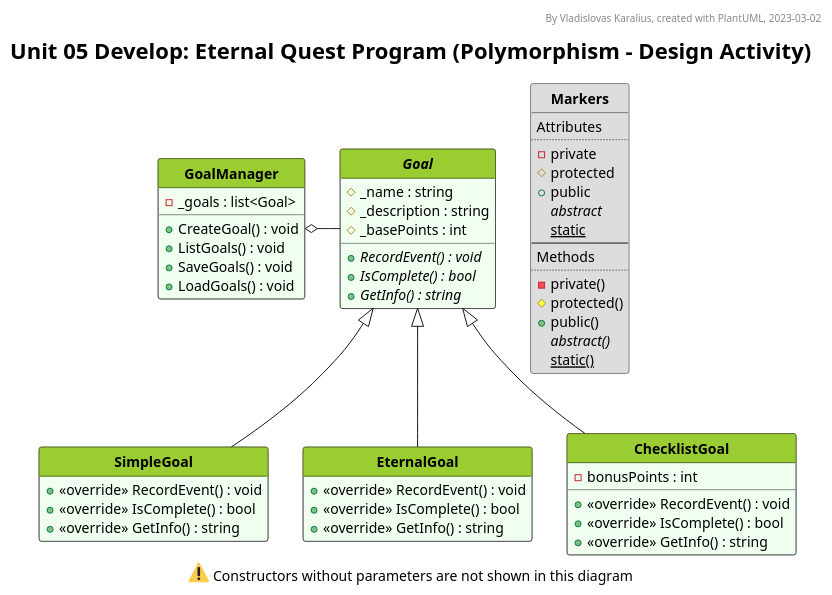
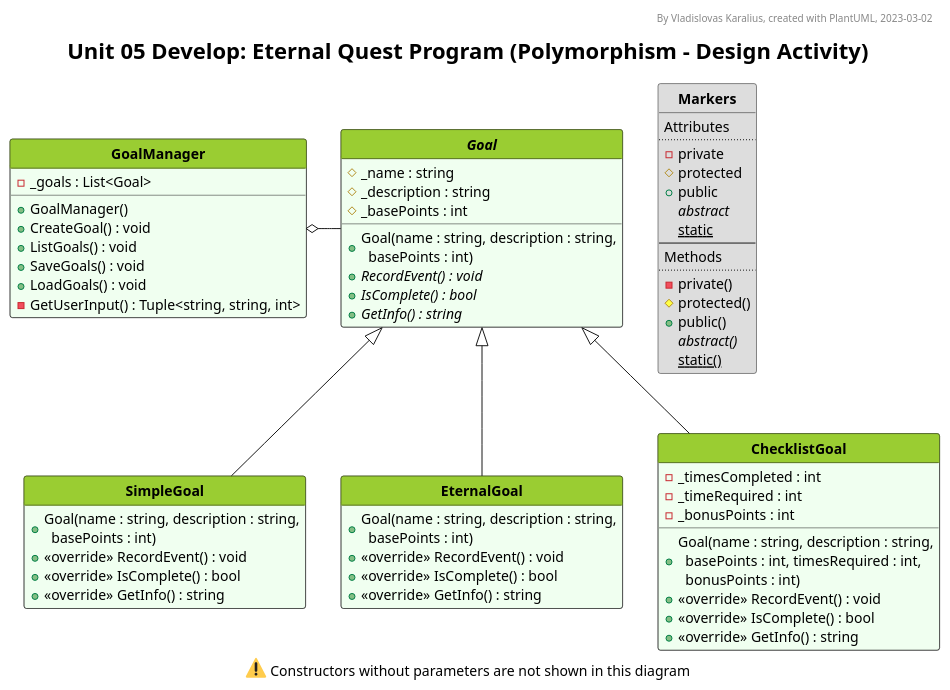
One commit to VladKaralius/cse210-projects changed the diagram in prove/Develop05/UML_diagram.pu. Above: the diagram before and after it, drawn with PlantUML.

Commit message:
Added constructors

```diff
--- a/prove/Develop05/UML_diagram.pu
+++ b/prove/Develop05/UML_diagram.pu
@@ -1,192 +1,199 @@
 @startuml UML_diagram
 
 '--Formatting options--
 hide circle
 hide empty members
 'skinparam classAttributeIconSize 0
 skinparam style strictuml
 'skinparam groupInheritance 2
 'skinparam linetype ortho
 'skinparam Nodesep 15
 'skinparam Ranksep 25
 'left to right direction
 
 '--Styling--
 'skinparam BackgroundColor White/LightGreen
 skinparam TitleFontSize 22
 
 <style>
 classDiagram {
   class {
     '-attributes and methods-
     'FontSize 14
     'FontColor black
     'BackgroundColor #fefece
     BackgroundColor #f0fff0
     'RoundCorner 0
     '-class name-
     header {
       'FontSize 12
       'FontColor Black
       FontStyle bold
       BackgroundColor YellowGreen
     }
   }
   note {
     BackgroundColor Yellow
   }
   legend {
     FontSize 20
   }
 </style>
 
 '--Header, title, caption--
 header By Vladislovas Karalius, created with PlantUML, 2023-03-02
 title Unit 05 Develop: Eternal Quest Program (Polymorphism - Design Activity)
 caption <:warning:> Constructors without parameters are not shown in this diagram
 
 ' Dummy class that explains visibility symbols
 class Markers #dddddd {
 Attributes
 ..
 - private
 # protected
 + public
 {abstract} abstract
 {static} static
 --
 Methods
 ..
 - private()
 # protected()
 + public()
 {abstract} abstract()
 {static} static()
 }
 
 'Goal -right[hidden]- Markers
 
 '--Main--
 class GoalManager{
-  - _goals : list<Goal>
+  - _goals : List<Goal>
+  + GoalManager()
   + CreateGoal() : void
   + ListGoals() : void
   + SaveGoals() : void
   + LoadGoals() : void
+  - GetUserInput() : Tuple<string, string, int>
 
 }
 GoalManager o- Goal
 
 
 abstract class Goal {
   # _name : string
   # _description : string
   # _basePoints : int
-
+  + Goal(name : string, description : string,\n  basePoints : int)
   + {abstract} RecordEvent() : void
   + {abstract} IsComplete() : bool
   + {abstract} GetInfo() : string
 }
 
 class SimpleGoal extends Goal {
+  + Goal(name : string, description : string,\n  basePoints : int)
   + <<override>> RecordEvent() : void
   + <<override>> IsComplete() : bool
   + <<override>> GetInfo() : string
 }
 
 class EternalGoal extends Goal {
+  + Goal(name : string, description : string,\n  basePoints : int)
   + <<override>> RecordEvent() : void
   + <<override>> IsComplete() : bool
   + <<override>> GetInfo() : string
 }
 
 class ChecklistGoal extends Goal {
-  - bonusPoints : int
+  - _timesCompleted : int
+  - _timeRequired : int
+  - _bonusPoints : int
+  + Goal(name : string, description : string,\n  basePoints : int, timesRequired : int,\n  bonusPoints : int)
   + <<override>> RecordEvent() : void
   + <<override>> IsComplete() : bool
   + <<override>> GetInfo() : string
 }
 
 ' class BreathingActivity {
 '   + RunActivity() : void
 ' }
 
 ' class ReflectionActivity {
 '   - _reflectionPromptGenerator : ReflectionPromptGenerator
 '   - _reflectionQuestionGenerator : ReflectionQuestionGenerator
 '   + RunActivity() : void
 ' }
 
 ' class ListingActivity {
 '   - _listingPromptGenerator : ListingPromptGenerator
 '   - _itemCount : int
 '   + RunActivity() : void
 ' }
 
 ' class ReflectionPromptGenerator {
 '   - _reflectionPrompts : List<string>
 '   + GetPrompt() : string
 ' }
 
 ' class ReflectionQuestionGenerator {
 '   - _reflectionQuestions : List<string>
 '   + GetQuestion() : string
 ' }
 
 ' class ListingPromptGenerator {
 '   - _listingPrompts : List<string>
 '   + GetPrompt() : string
 ' }
 
 ' class Animation <<auxiliary>> {
 '   + Display(duration : int) : void
 ' }
 
 ' class Countdown <<auxiliary>> {
 '   + Display(duration : int) : void
 ' }
 
 ' Activity <|-- BreathingActivity
 ' Activity <|-- ReflectionActivity
 ' Activity <|-- ListingActivity
 ' ReflectionActivity ..> ReflectionPromptGenerator
 ' ReflectionActivity ..> ReflectionQuestionGenerator
 ' ListingActivity ..> ListingPromptGenerator
 ' Activity .left.> Animation
 ' Activity .right.> Countdown
 
 '--Description--
 ' legend bottom
 ' <size:22>__**Core Requirements**__
 ' The program has one base class **Activity**. This class contains the attributes and methods
 ' that are common to all activities. Certain functions are put into separate classes as follows:
 
 ' * **Animation** class is responsible for displaying the spinner animation for a given duration.
 ' * **Countdown** class is responsible for displaying the countdown with the interval of 1 second.
 
 ' BreathingActivity, ReflectionActivity, and ListingActivity classes are derived from the base
 ' Activity class. They have attributes and methods that are unique to each of them.
 ' //RunActivity()// method is named the same, but it performs differently for each activity.
 
 ' **BreathingActivity** class has no attributes. It just contains the //RunActivity()// method.
 ' That is sufficient for this class.
 
 ' **ReflectionActivity** class uses two other classes: ReflectionPromptGenerator and
 ' ReflectionQuestionGenerator.
 
 ' * **ReflectionPrompGenerator** provides random prompts for the ReflectionActivity class.
 ' * **ReflectionQuestionGenerator** provides random Questions for the ReflectionActivity class.
 
 ' **ListingActivity** class has an attribute which is used to count the number of items
 ' that a user types during this activity. It also uses another class: ListingPromptGenerator.
 
 ' * **ListingPromptGenerator** provides random prompts for the ListingActivity class.
 
 ' <size:22>__**Showing Creativity and Exceeding Requirements**__
 ' To exceed the core requirements I added the ability to track the activation count and total
 ' duration for each activity while the program is running. I used static attributes to store
 ' this information and a static method //DisplayReport()// to view the results. I also added
 ' another menu item (//4. Display report//) that invokes this method.
 ' endlegend
 
 @enduml
```
